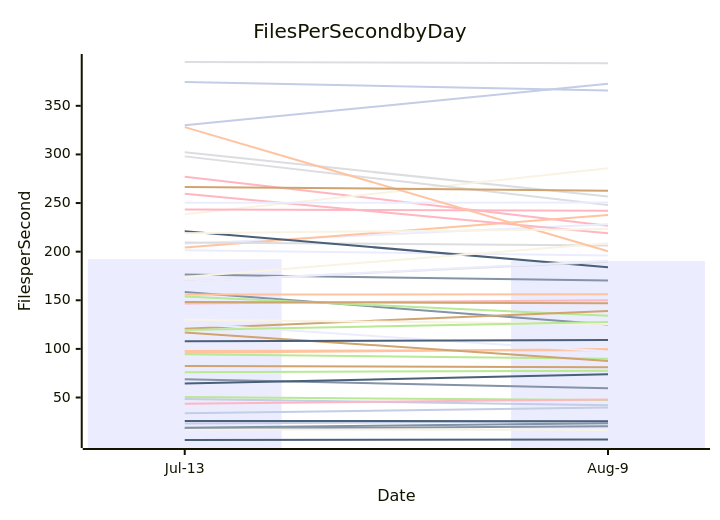
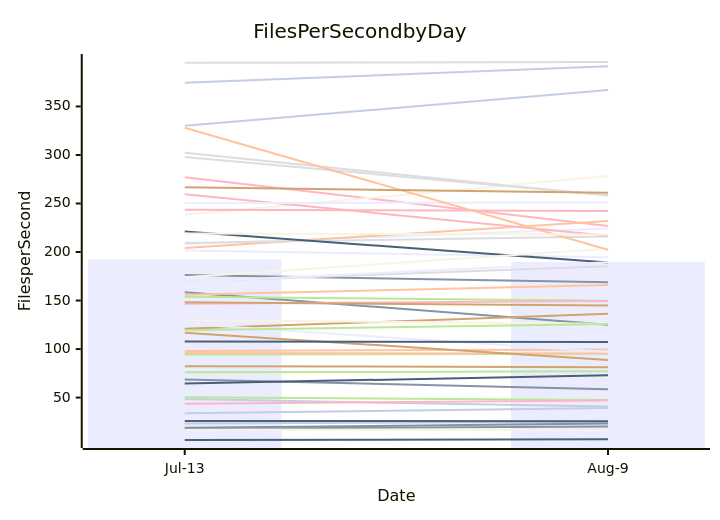
Before and after one commit to streetsidesoftware/cspell: the diagram in perf-report.md, drawn with Mermaid. The commit also changed other lines of this file and 2 other files, not shown here.

````diff
--- a/perf-report.md
+++ b/perf-report.md
@@ -11,57 +11,57 @@
 ```mermaid
 xychart-beta
     title Files Per Second by Day
     y-axis Files per Second
     x-axis Date [Jul-13, Aug-9]
-    bar [192.31, 190.47]
-    line [17.82, 20.46]
-    line [97.93, 98.72]
-    line [302.24, 256.64]
-    line [94.47, 89.76]
-    line [82.41, 81.19]
-    line [48.47, 42.05]
-    line [277.07, 226.77]
-    line [6.29, 6.69]
-    line [238.39, 285.90]
-    line [208.19, 228.22]
-    line [158.48, 124.99]
-    line [204.20, 237.64]
-    line [209.39, 206.36]
-    line [153.81, 134.11]
-    line [120.84, 138.97]
-    line [23.34, 25.28]
-    line [146.76, 149.90]
-    line [25.88, 25.69]
-    line [17.18, 16.70]
-    line [201.45, 196.10]
-    line [176.39, 170.29]
-    line [96.02, 99.76]
-    line [298.01, 247.91]
-    line [76.00, 77.63]
-    line [148.29, 146.98]
-    line [374.43, 365.68]
-    line [259.46, 219.06]
-    line [221.06, 184.00]
-    line [129.95, 125.65]
-    line [126.09, 97.29]
-    line [68.71, 59.61]
-    line [155.87, 156.07]
-    line [169.41, 189.57]
-    line [50.42, 47.38]
-    line [116.87, 87.65]
-    line [330.04, 372.69]
-    line [243.47, 242.15]
-    line [64.41, 73.81]
-    line [174.01, 208.71]
-    line [250.26, 250.59]
-    line [18.90, 23.53]
-    line [328.06, 200.44]
-    line [395.07, 393.89]
-    line [119.39, 127.67]
-    line [266.63, 262.63]
-    line [33.78, 39.60]
-    line [43.65, 47.87]
-    line [107.84, 109.23]
-    line [218.96, 223.24]
-    line [169.05, 190.65]
+    bar [192.31, 189.74]
+    line [17.82, 20.21]
+    line [97.93, 99.64]
+    line [302.24, 258.26]
+    line [94.47, 95.12]
+    line [82.41, 81.28]
+    line [48.47, 40.73]
+    line [277.07, 226.89]
+    line [6.29, 7.05]
+    line [238.39, 278.23]
+    line [208.19, 224.24]
+    line [158.48, 125.16]
+    line [204.20, 232.07]
+    line [209.39, 216.12]
+    line [153.81, 149.71]
+    line [120.84, 136.46]
+    line [23.34, 24.91]
+    line [146.76, 149.53]
+    line [25.88, 25.58]
+    line [17.18, 16.38]
+    line [201.45, 194.51]
+    line [176.39, 168.87]
+    line [96.02, 95.50]
+    line [298.01, 258.40]
+    line [76.00, 77.01]
+    line [148.29, 144.86]
+    line [374.43, 391.33]
+    line [259.46, 216.71]
+    line [221.06, 189.18]
+    line [129.95, 126.00]
+    line [126.09, 96.87]
+    line [68.71, 58.58]
+    line [155.87, 165.96]
+    line [169.41, 185.40]
+    line [50.42, 47.43]
+    line [116.87, 88.62]
+    line [330.04, 366.93]
+    line [243.47, 242.28]
+    line [64.41, 73.03]
+    line [174.01, 203.47]
+    line [250.26, 251.15]
+    line [18.90, 23.18]
+    line [328.06, 202.25]
+    line [395.07, 395.81]
+    line [119.39, 125.78]
+    line [266.63, 261.08]
+    line [33.78, 39.31]
+    line [43.65, 46.98]
+    line [107.84, 107.20]
+    line [218.96, 218.13]
+    line [169.05, 189.58]
 ```
````
